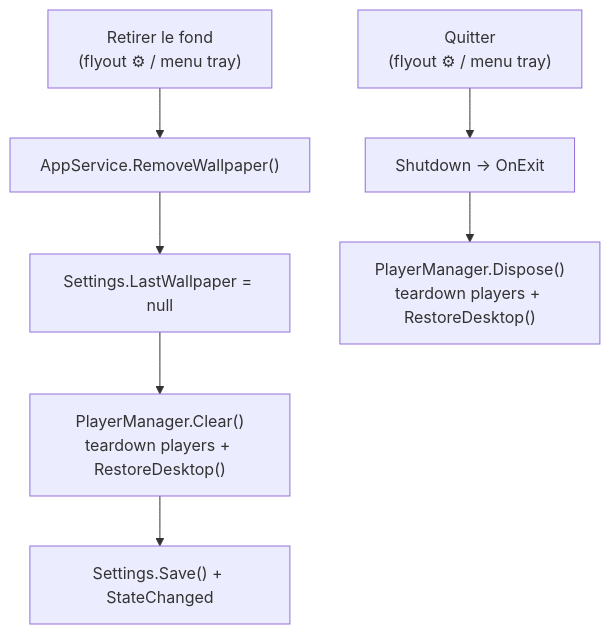
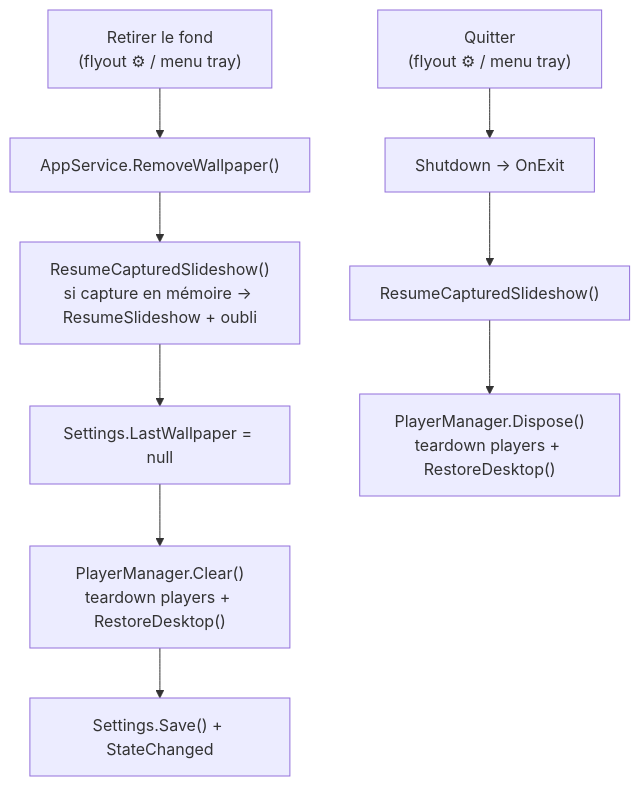
One commit to KevinT78/wallflow changed the fourth of 5 diagrams in docs/ARCHITECTURE-TECHNIQUE.md. Above: the diagram before and after it, drawn with Mermaid. The commit also changed other lines of this file and 2 other files, not shown here.

First line of the commit message:
docs: sync CONTEXT/VUE-PRODUIT/ARCHITECTURE pour l'anti-flicker diaporama (issue 007)

````diff
--- a/docs/ARCHITECTURE-TECHNIQUE.md
+++ b/docs/ARCHITECTURE-TECHNIQUE.md
@@ -171,9 +190,11 @@
 ```mermaid
 flowchart TD
     A["Retirer le fond<br/>(flyout ⚙ / menu tray)"] --> B["AppService.RemoveWallpaper()"]
-    B --> C["Settings.LastWallpaper = null"]
+    B --> R["ResumeCapturedSlideshow()<br/>si capture en mémoire → ResumeSlideshow + oubli"]
+    R --> C["Settings.LastWallpaper = null"]
     C --> D["PlayerManager.Clear()<br/>teardown players + RestoreDesktop()"]
     D --> E["Settings.Save() + StateChanged"]
     F["Quitter<br/>(flyout ⚙ / menu tray)"] --> G["Shutdown → OnExit"]
-    G --> H["PlayerManager.Dispose()<br/>teardown players + RestoreDesktop()"]
+    G --> R2["ResumeCapturedSlideshow()"]
+    R2 --> H["PlayerManager.Dispose()<br/>teardown players + RestoreDesktop()"]
 ```
````
